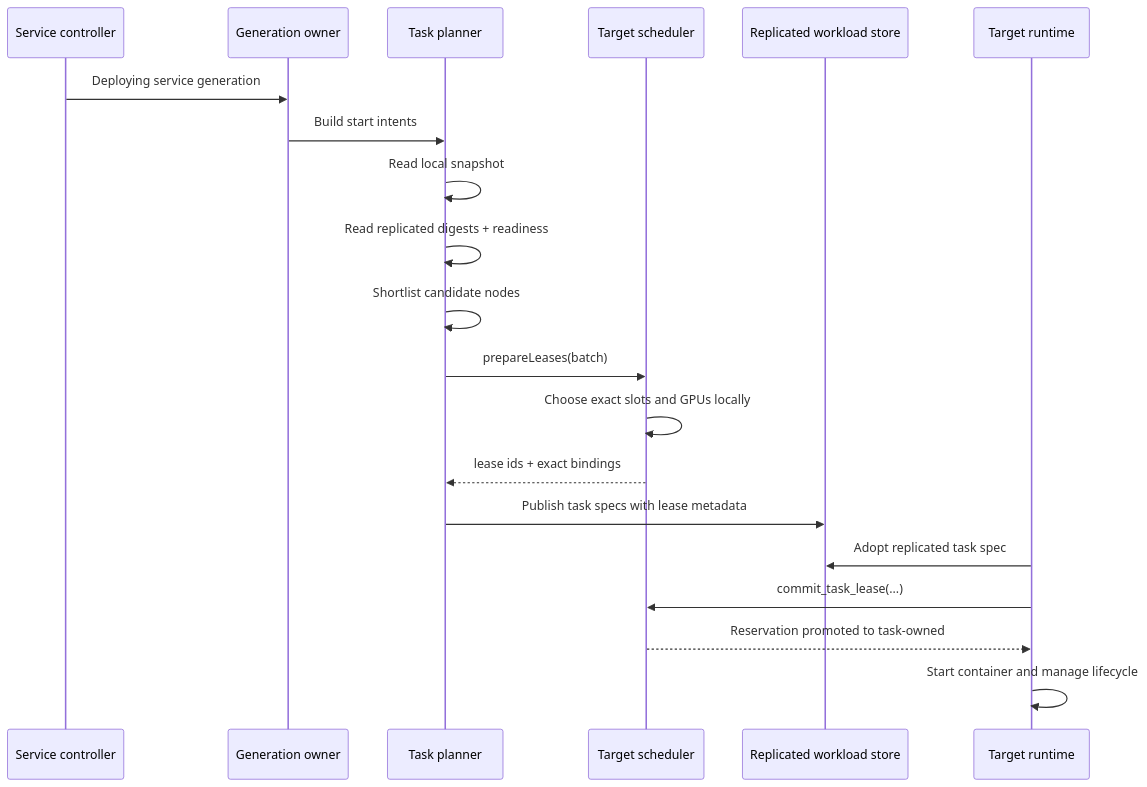
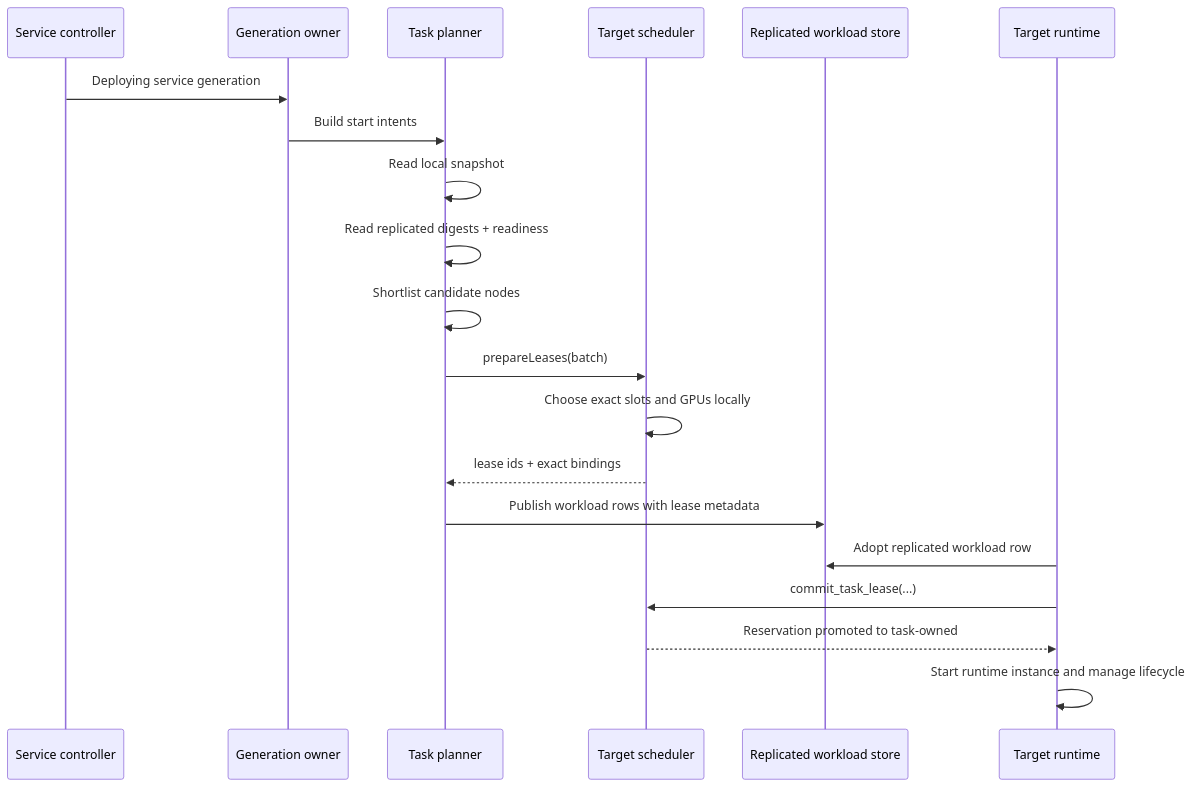
Before and after one commit to MantissaLabs/mantissa: the second of 4 diagrams in docs/distributed-scheduler.md, drawn with Mermaid. The commit also changed other lines of this file and 26 other files, not shown here.

First line of the commit message:
terminology: finish workload and runtime wording sweep

````diff
--- a/docs/distributed-scheduler.md
+++ b/docs/distributed-scheduler.md
@@ -114,23 +114,23 @@
 ```mermaid
 sequenceDiagram
     participant SC as Service controller
     participant OW as Generation owner
     participant PL as Task planner
     participant TS as Target scheduler
     participant RS as Replicated workload store
     participant RT as Target runtime
 
     SC->>OW: Deploying service generation
     OW->>PL: Build start intents
     PL->>PL: Read local snapshot
     PL->>PL: Read replicated digests + readiness
     PL->>PL: Shortlist candidate nodes
     PL->>TS: prepareLeases(batch)
     TS->>TS: Choose exact slots and GPUs locally
     TS-->>PL: lease ids + exact bindings
-    PL->>RS: Publish task specs with lease metadata
-    RT->>RS: Adopt replicated task spec
+    PL->>RS: Publish workload rows with lease metadata
+    RT->>RS: Adopt replicated workload row
     RT->>TS: commit_task_lease(...)
     TS-->>RT: Reservation promoted to task-owned
-    RT->>RT: Start container and manage lifecycle
+    RT->>RT: Start runtime instance and manage lifecycle
 ```
````
